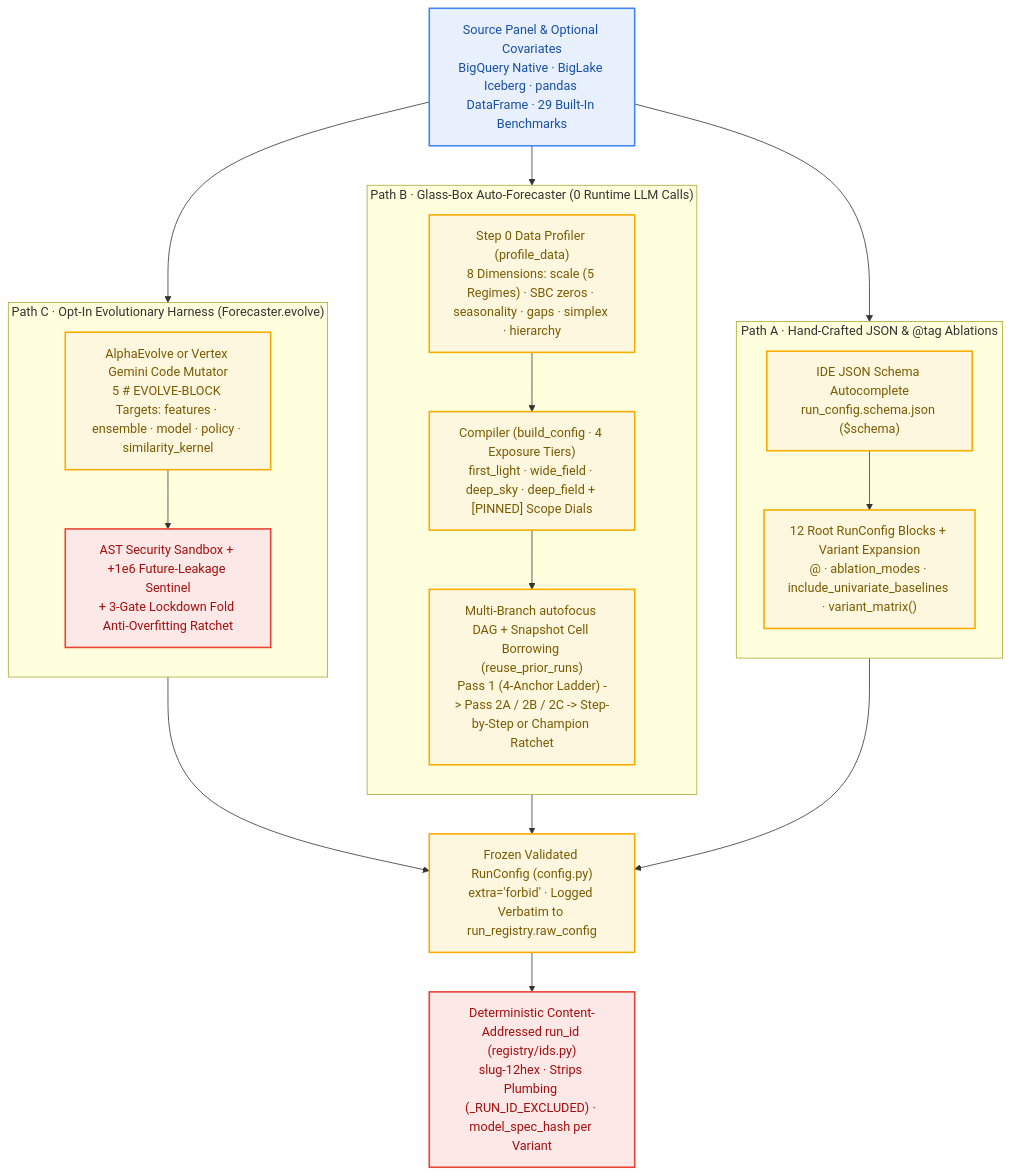
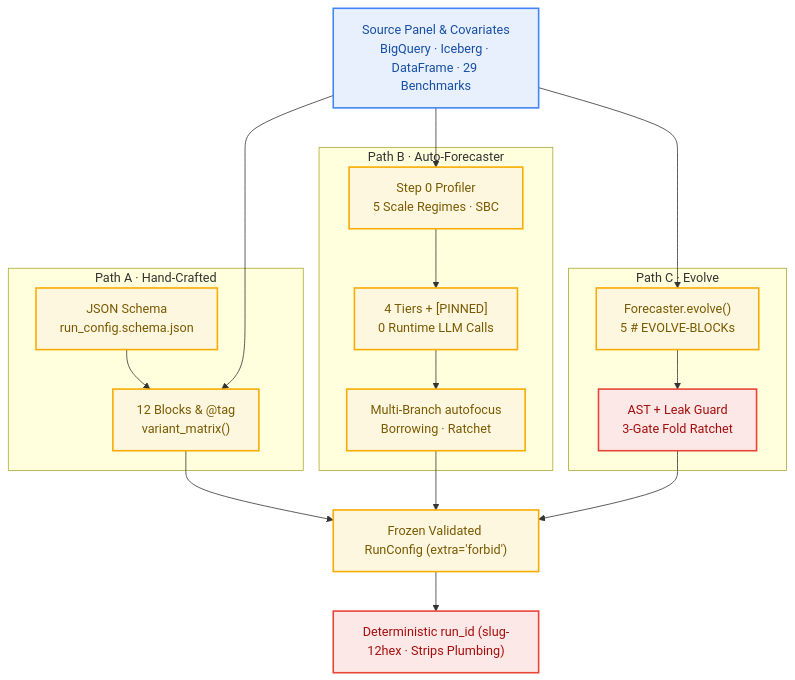
Before and after one commit to statmike/scale-forecasting: the fifth of 17 diagrams in docs/visual_architecture.md, drawn with Mermaid. The commit also changed other lines of this file and 14 other files, not shown here.

Commit message:
docs(mermaid): reconfigure wide diagrams to vertical TD layout with concise labels

````diff
--- a/docs/visual_architecture.md
+++ b/docs/visual_architecture.md
@@ -186,39 +188,36 @@
 ```mermaid
 flowchart TD
-    SRC["Source Panel & Optional Covariates<br/>BigQuery Native · BigLake Iceberg · pandas DataFrame · 29 Built-In Benchmarks"]
+    SRC["Source Panel & Covariates<br/>BigQuery · Iceberg · DataFrame · 29 Benchmarks"]
 
-    subgraph A["Path A · Hand-Crafted JSON & @tag Ablations"]
-        direction TB
-        SCHEMA["IDE JSON Schema Autocomplete<br/>run_config.schema.json ($schema)"]
-        MANUAL["12 Root RunConfig Blocks + Variant Expansion<br/><model>@<tag> · ablation_modes · include_univariate_baselines · variant_matrix()"]
+    subgraph A["Path A · Hand-Crafted"]
+        SCHEMA["JSON Schema<br/>run_config.schema.json"]
+        MANUAL["12 Blocks & @tag<br/>variant_matrix()"]
         SCHEMA --> MANUAL
     end
 
-    subgraph B["Path B · Glass-Box Auto-Forecaster (0 Runtime LLM Calls)"]
-        direction TB
-        PROF["Step 0 Data Profiler (profile_data)<br/>8 Dimensions: scale (5 Regimes) · SBC zeros · seasonality · gaps · simplex · hierarchy"]
-        TIER["Compiler (build_config · 4 Exposure Tiers)<br/>first_light · wide_field · deep_sky · deep_field + [PINNED] Scope Dials"]
-        AF["Multi-Branch autofocus DAG + Snapshot Cell Borrowing (reuse_prior_runs)<br/>Pass 1 (4-Anchor Ladder) -> Pass 2A / 2B / 2C -> Step-by-Step or Champion Ratchet"]
+    subgraph B["Path B · Auto-Forecaster"]
+        PROF["Step 0 Profiler<br/>5 Scale Regimes · SBC"]
+        TIER["4 Tiers + [PINNED]<br/>0 Runtime LLM Calls"]
+        AF["Multi-Branch autofocus<br/>Borrowing · Ratchet"]
         PROF --> TIER --> AF
     end
 
-    subgraph C["Path C · Opt-In Evolutionary Harness (Forecaster.evolve)"]
-        direction TB
-        EV["AlphaEvolve or Vertex Gemini Code Mutator<br/>5 # EVOLVE-BLOCK Targets: features · ensemble · model · policy · similarity_kernel"]
-        GUARD["AST Security Sandbox + +1e6 Future-Leakage Sentinel<br/>+ 3-Gate Lockdown Fold Anti-Overfitting Ratchet"]
+    subgraph C["Path C · Evolve"]
+        EV["Forecaster.evolve()<br/>5 # EVOLVE-BLOCKs"]
+        GUARD["AST + Leak Guard<br/>3-Gate Fold Ratchet"]
         EV --> GUARD
     end
 
-    VALID["Frozen Validated RunConfig (config.py)<br/>extra='forbid' · Logged Verbatim to run_registry.raw_config"]
-    RUNID["Deterministic Content-Addressed run_id (registry/ids.py)<br/>slug-12hex · Strips Plumbing (_RUN_ID_EXCLUDED) · model_spec_hash per Variant"]
+    VALID["Frozen Validated RunConfig (extra='forbid')"]
+    RUNID["Deterministic run_id (slug-12hex · Strips Plumbing)"]
 
     SRC --> MANUAL & PROF & EV
     MANUAL & AF & GUARD --> VALID --> RUNID
 
     classDef data fill:#E8F0FE,stroke:#4285F4,stroke-width:2px,color:#174EA6
     classDef config fill:#FEF7E0,stroke:#F9AB00,stroke-width:2px,color:#7A5A00
     classDef route fill:#FCE8E6,stroke:#EA4335,stroke-width:2px,color:#A50E0E
     class SRC data
     class SCHEMA,MANUAL,PROF,TIER,AF,EV,VALID config
     class GUARD,RUNID route
 ```
````
